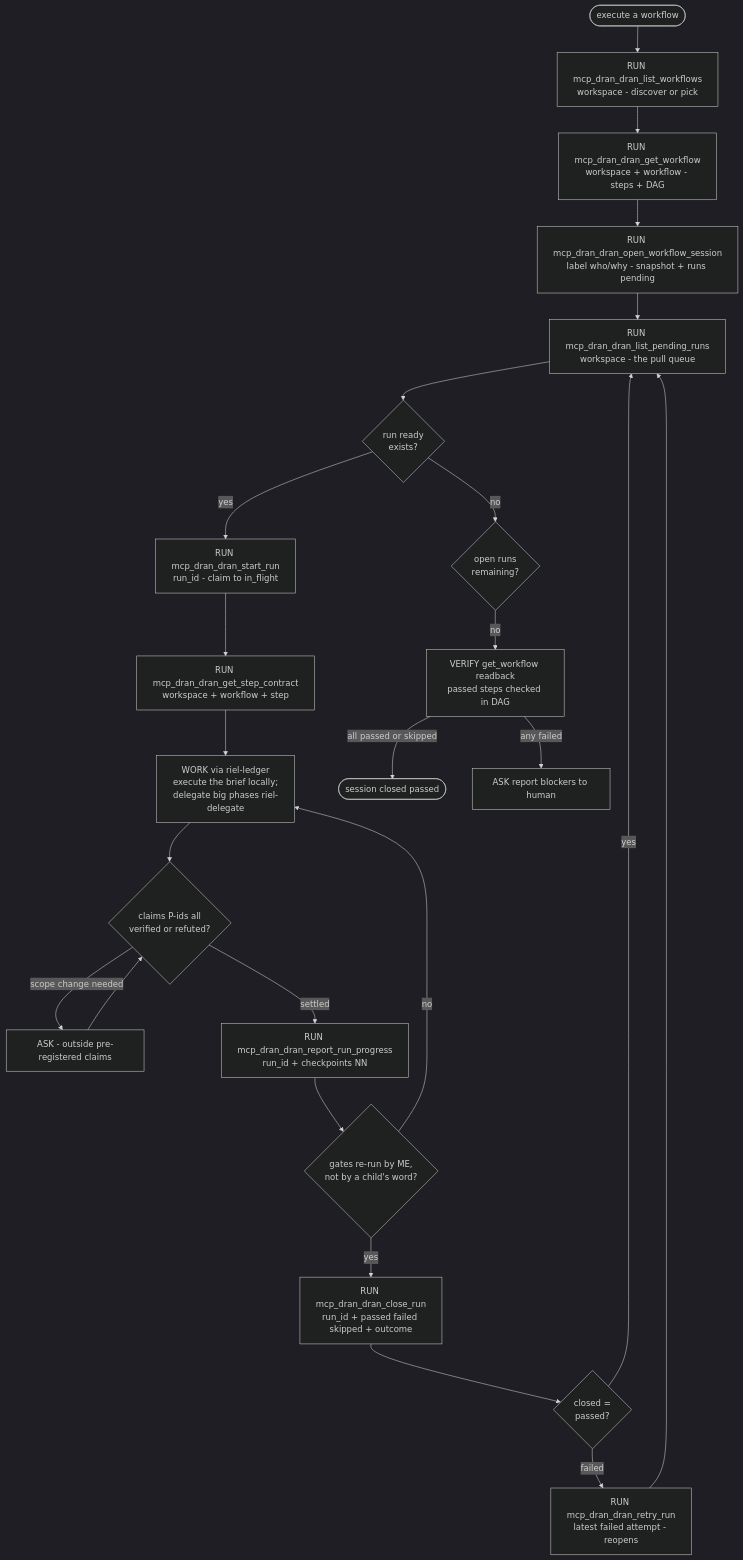
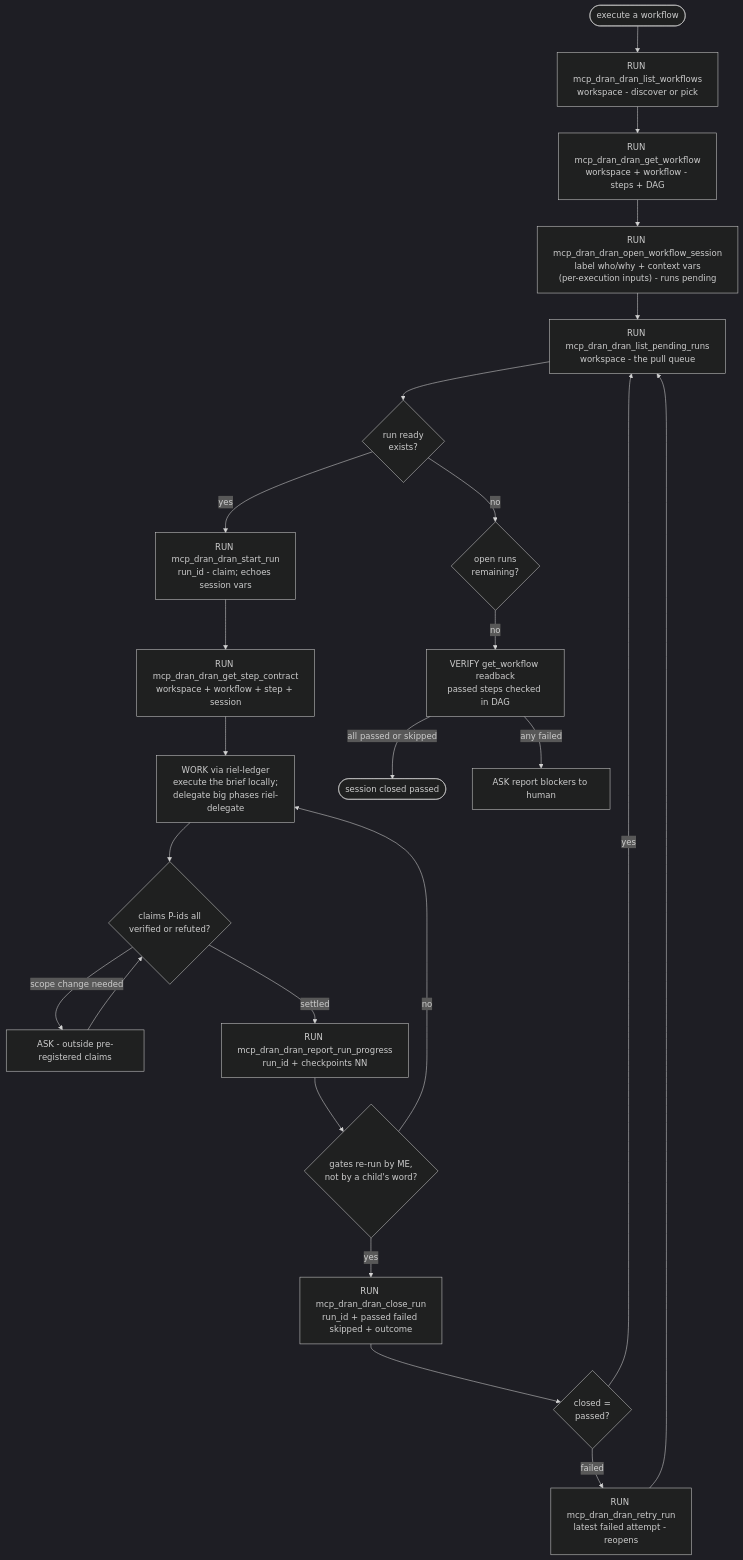
One commit to alvarolizama/dran changed the second of 2 diagrams in skills/dran-workflow-flow/SKILL.md. Above: the diagram before and after it, drawn with Mermaid (dark theme). The commit also changed other lines of this file and 3 other files, not shown here.

First line of the commit message:
feat(mcp): variables por ejecución en sesiones — context en open, echo en start_run y sección en el brief

````diff
--- a/skills/dran-workflow-flow/SKILL.md
+++ b/skills/dran-workflow-flow/SKILL.md
@@ -64,26 +73,26 @@
 ```mermaid
 flowchart TD
   START([execute a workflow]) --> S0["RUN mcp_dran_dran_list_workflows\nworkspace - discover or pick"]
   S0 --> S1["RUN mcp_dran_dran_get_workflow\nworkspace + workflow - steps + DAG"]
-  S1 --> S2["RUN mcp_dran_dran_open_workflow_session\nlabel who/why - snapshot + runs pending"]
+  S1 --> S2["RUN mcp_dran_dran_open_workflow_session\nlabel who/why + context vars\n(per-execution inputs) - runs pending"]
   S2 --> S3["RUN mcp_dran_dran_list_pending_runs\nworkspace - the pull queue"]
   S3 --> G1{"run ready\nexists?"}
   G1 -->|"no"| G5{"open runs\nremaining?"}
-  G1 -->|"yes"| S4["RUN mcp_dran_dran_start_run\nrun_id - claim to in_flight"]
-  S4 --> S5["RUN mcp_dran_dran_get_step_contract\nworkspace + workflow + step"]
+  G1 -->|"yes"| S4["RUN mcp_dran_dran_start_run\nrun_id - claim; echoes session vars"]
+  S4 --> S5["RUN mcp_dran_dran_get_step_contract\nworkspace + workflow + step + session"]
   S5 --> S6["WORK via riel-ledger\nexecute the brief locally;\ndelegate big phases riel-delegate"]
   S6 --> G2{"claims P-ids all\nverified or refuted?"}
   G2 -->|"scope change needed"| A1["ASK - outside pre-registered claims"]
   A1 --> G2
   G2 -->|"settled"| S7["RUN mcp_dran_dran_report_run_progress\nrun_id + checkpoints NN"]
   S7 --> G3{"gates re-run by ME,\nnot by a child's word?"}
   G3 -->|"no"| S6
   G3 -->|"yes"| S8["RUN mcp_dran_dran_close_run\nrun_id + passed failed skipped + outcome"]
   S8 --> G4{"closed =\npassed?"}
   G4 -->|"yes"| S3
   G4 -->|"failed"| S9["RUN mcp_dran_dran_retry_run\nlatest failed attempt - reopens"]
   S9 --> S3
   G5 -->|"no"| V1["VERIFY get_workflow readback\npassed steps checked in DAG"]
   V1 -->|"all passed or skipped"| END([session closed passed])
   V1 -->|"any failed"| A2["ASK report blockers to human"]
 ```
````
